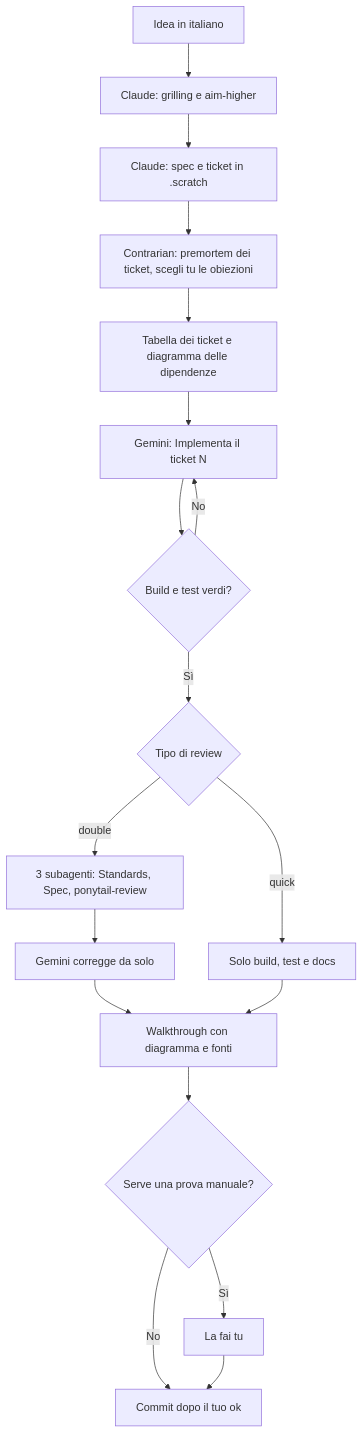
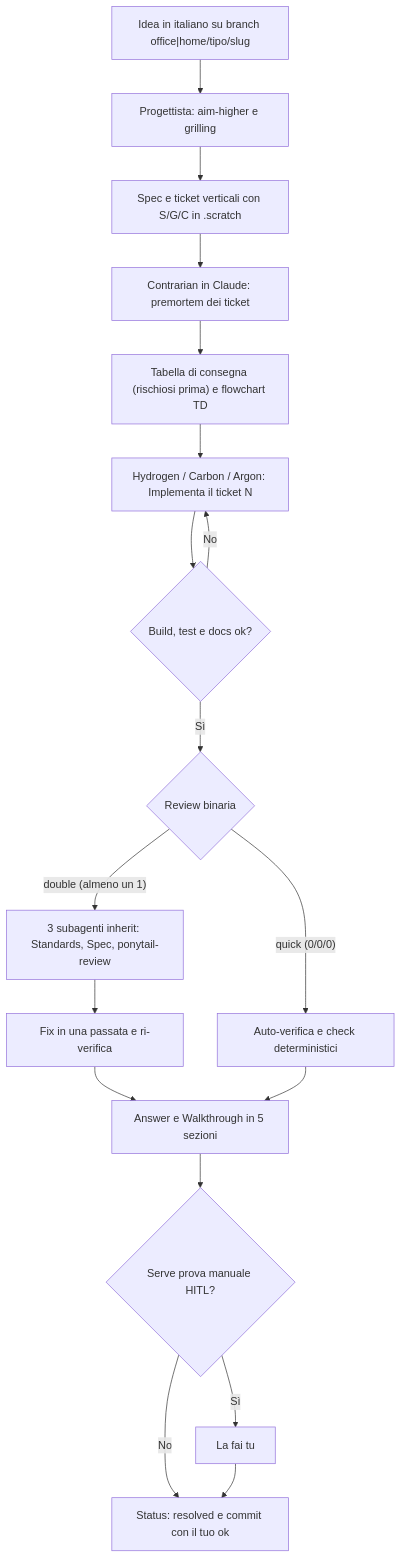
The first of 3 diagrams in docs/index.mdx (justpeppe/just-develop), drawn with Mermaid before and after one commit. The commit also changed other lines of this file and 40 other files, not shown here.

Commit message:
feat(flow): allinea flusso universale v2, hook di sync e controlli cross-pc

````diff
--- a/docs/index.mdx
+++ b/docs/index.mdx
@@ -10,20 +11,20 @@
 ```mermaid
 flowchart TD
-    A["Idea in italiano"] --> B["Claude: grilling e aim-higher"]
-    B --> C["Claude: spec e ticket in .scratch"]
-    C --> C2["Contrarian: premortem dei ticket, scegli tu le obiezioni"]
-    C2 --> D["Tabella dei ticket e diagramma delle dipendenze"]
-    D --> E["Gemini: Implementa il ticket N"]
-    E --> F{"Build e test verdi?"}
+    A["Idea in italiano su branch office|home/tipo/slug"] --> B["Progettista: aim-higher e grilling"]
+    B --> C["Spec e ticket verticali con S/G/C in .scratch"]
+    C --> C2["Contrarian in Claude: premortem dei ticket"]
+    C2 --> D["Tabella di consegna (rischiosi prima) e flowchart TD"]
+    D --> E["Hydrogen / Carbon / Argon: Implementa il ticket N"]
+    E --> F{"Build, test e docs ok?"}
     F -- "No" --> E
-    F -- "Sì" --> G{"Tipo di review"}
-    G -- "double" --> H["3 subagenti: Standards, Spec, ponytail-review"]
-    G -- "quick" --> I["Solo build, test e docs"]
-    H --> J["Gemini corregge da solo"]
-    J --> K["Walkthrough con diagramma e fonti"]
+    F -- "Sì" --> G{"Review binaria"}
+    G -- "quick (0/0/0)" --> I["Auto-verifica e check deterministici"]
+    G -- "double (almeno un 1)" --> H["3 subagenti inherit: Standards, Spec, ponytail-review"]
+    H --> J["Fix in una passata e ri-verifica"]
+    J --> K["Answer e Walkthrough in 5 sezioni"]
     I --> K
-    K --> L{"Serve una prova manuale?"}
+    K --> L{"Serve prova manuale HITL?"}
     L -- "Sì" --> M["La fai tu"]
-    L -- "No" --> N["Commit dopo il tuo ok"]
+    L -- "No" --> N["Status: resolved e commit con il tuo ok"]
     M --> N
 ```
````
